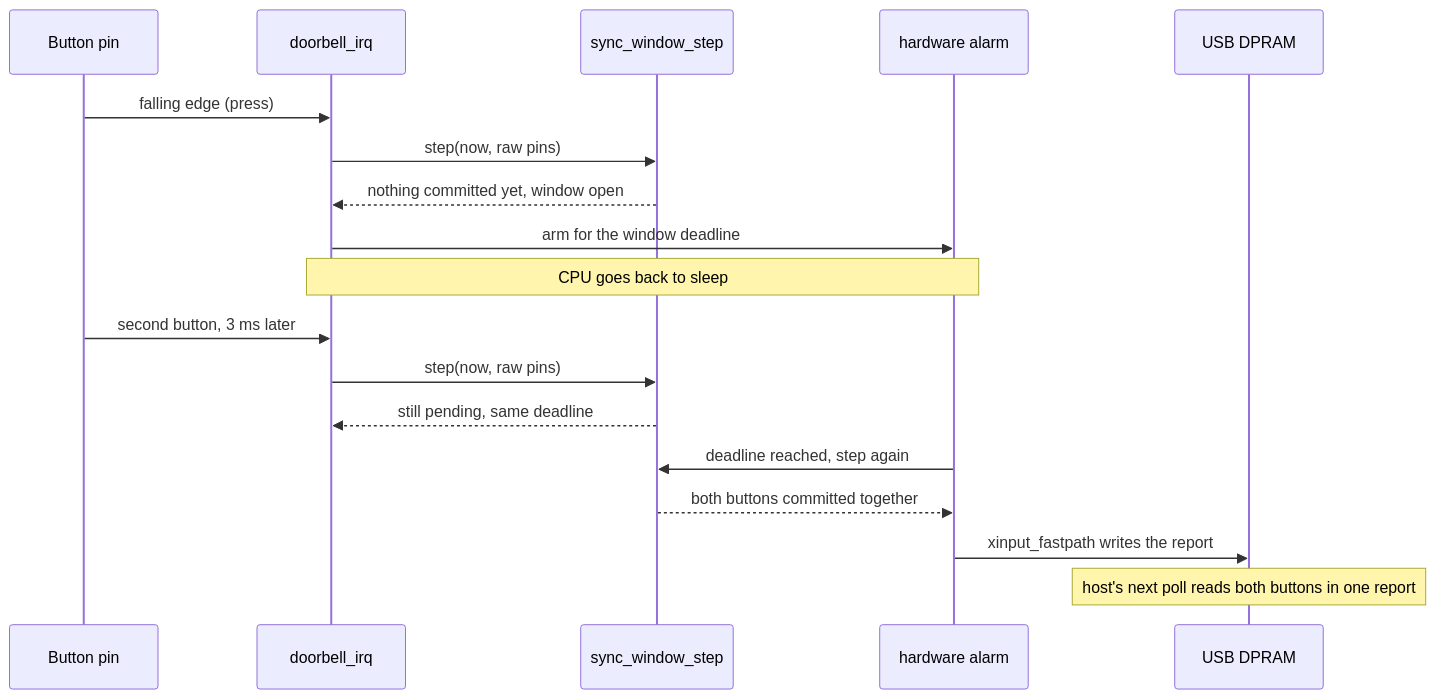
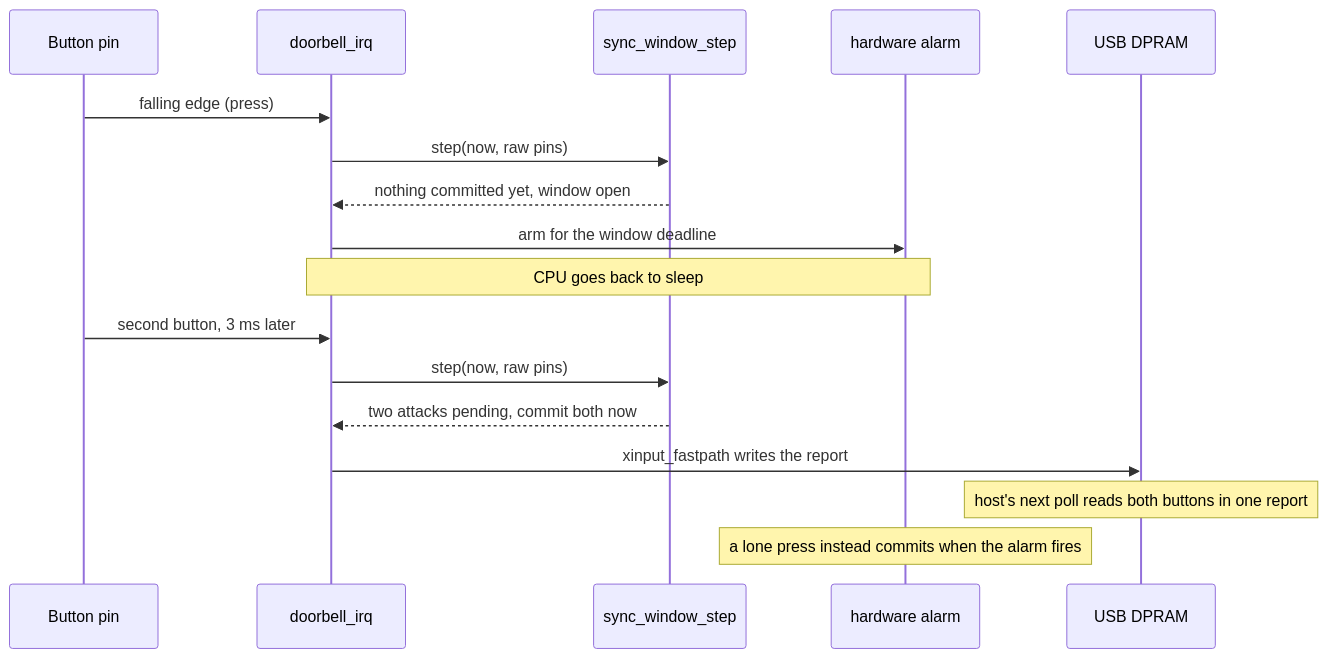
Before and after one commit to t3chnicallyinclined/GP2040-CE-NOBD: the second of 2 diagrams in docs/FLOORPLAN.md, drawn with Mermaid. The commit also changed other lines of this file, not shown here.

````diff
--- a/docs/FLOORPLAN.md
+++ b/docs/FLOORPLAN.md
@@ -101,21 +106,20 @@
 ```mermaid
 sequenceDiagram
   participant Pin as Button pin
   participant ISR as doorbell_irq
   participant Win as sync_window_step
   participant Alarm as hardware alarm
   participant USB as USB DPRAM
 
   Pin->>ISR: falling edge (press)
   ISR->>Win: step(now, raw pins)
   Win-->>ISR: nothing committed yet, window open
   ISR->>Alarm: arm for the window deadline
   Note over ISR,Alarm: CPU goes back to sleep
   Pin->>ISR: second button, 3 ms later
   ISR->>Win: step(now, raw pins)
-  Win-->>ISR: still pending, same deadline
-  Alarm->>Win: deadline reached, step again
-  Win-->>Alarm: both buttons committed together
-  Alarm->>USB: xinput_fastpath writes the report
+  Win-->>ISR: two attacks pending, commit both now
+  ISR->>USB: xinput_fastpath writes the report
   Note over USB: host's next poll reads both buttons in one report
+  Note over Alarm: a lone press instead commits when the alarm fires
 ```
````
